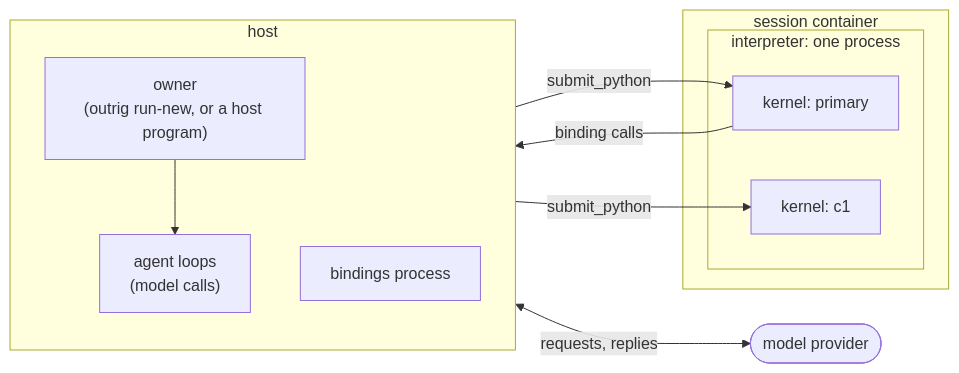
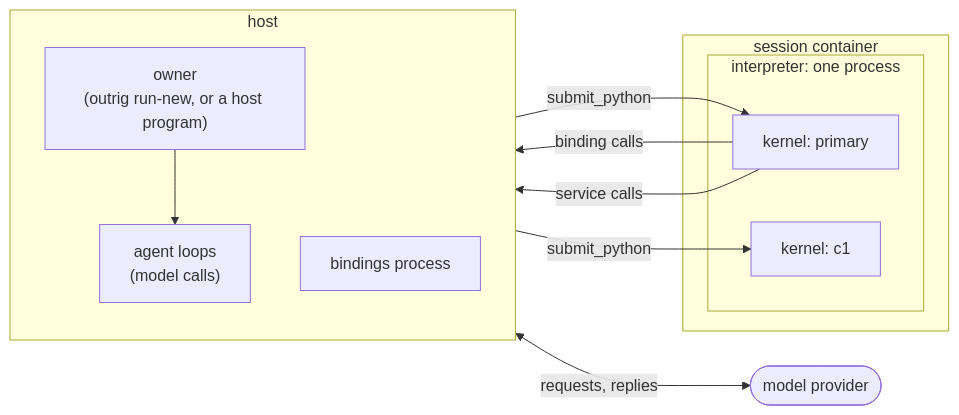
Before and after one commit to tgockel/outrig: the diagram in doc/concepts/python-runtime.md, drawn with Mermaid. The commit also changed other lines of this file and 40 other files, not shown here.

````diff
--- a/doc/concepts/python-runtime.md
+++ b/doc/concepts/python-runtime.md
@@ -17,24 +17,25 @@
 ```mermaid
 flowchart LR
     api(["model provider"])
 
     subgraph host["host"]
         direction TB
         owner["owner<br/>(outrig run-new, or a host program)"]
         loops["agent loops<br/>(model calls)"]
         bindings["bindings process"]
         owner --> loops
     end
 
     subgraph container["session container"]
         subgraph interpreter["interpreter: one process"]
             primary["kernel: primary"]
             child["kernel: c1"]
         end
     end
 
     loops <-- "requests, replies" --> api
     loops -- "submit_python" --> primary
     loops -- "submit_python" --> child
     primary -- "binding calls" --> bindings
+    primary -- "service calls" --> owner
 ```
````
